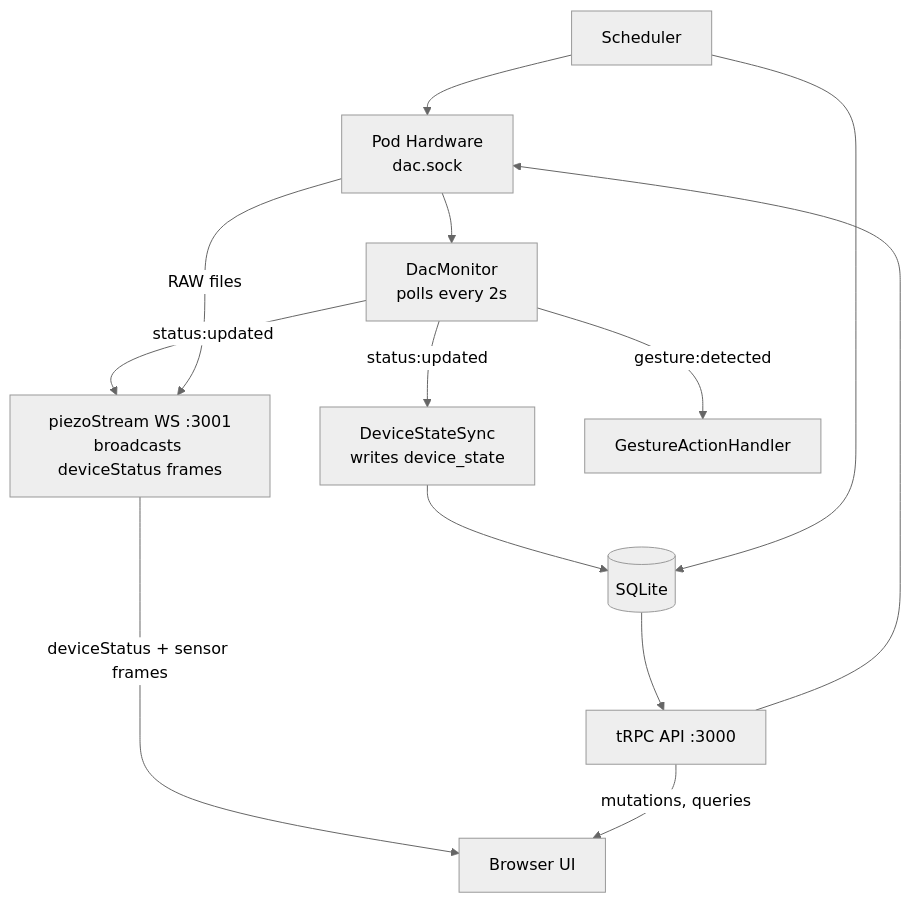
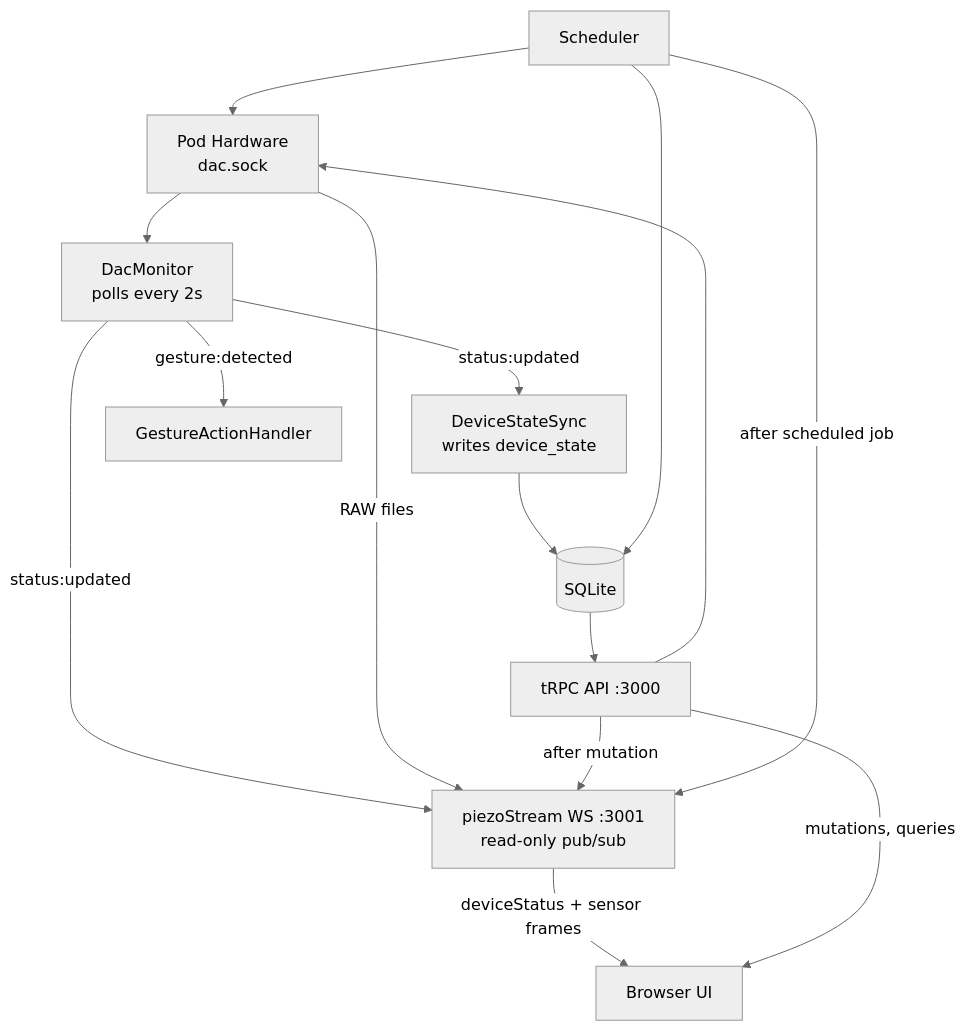
The diagram in .claude/docs/project-info.md (sleepypod/core), drawn with Mermaid (neutral theme) before and after one commit. The commit also changed other lines of this file and 34 other files, not shown here.

First line of the commit message:
feat: event bus for writes — broadcast device state after mutations (#245)

````diff
--- a/.claude/docs/project-info.md
+++ b/.claude/docs/project-info.md
@@ -18,15 +18,17 @@
 ```mermaid
 graph TD
     HW[Pod Hardware<br>dac.sock] --> DM[DacMonitor<br>polls every 2s]
     DM -->|status:updated| SS[DeviceStateSync<br>writes device_state]
-    DM -->|status:updated| WS[piezoStream WS :3001<br>broadcasts deviceStatus frames]
+    DM -->|status:updated| WS[piezoStream WS :3001<br>read-only pub/sub]
     DM -->|gesture:detected| GH[GestureActionHandler]
     SS --> DB[(SQLite)]
     HW -->|RAW files| WS
     WS -->|deviceStatus + sensor frames| Browser
     DB --> API[tRPC API :3000]
     API -->|mutations, queries| Browser[Browser UI]
+    API -->|after mutation| WS
     API --> HW
     SCH[Scheduler] --> HW
+    SCH -->|after scheduled job| WS
     SCH --> DB
 ```
````
